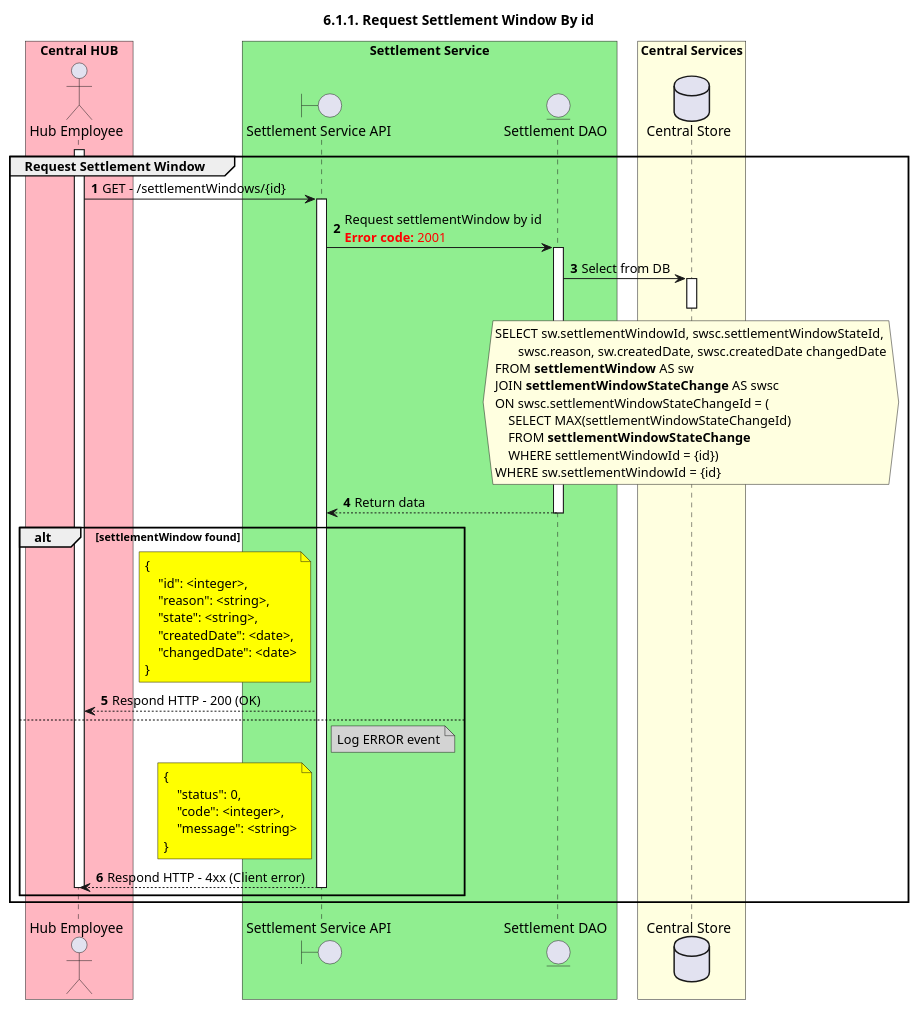
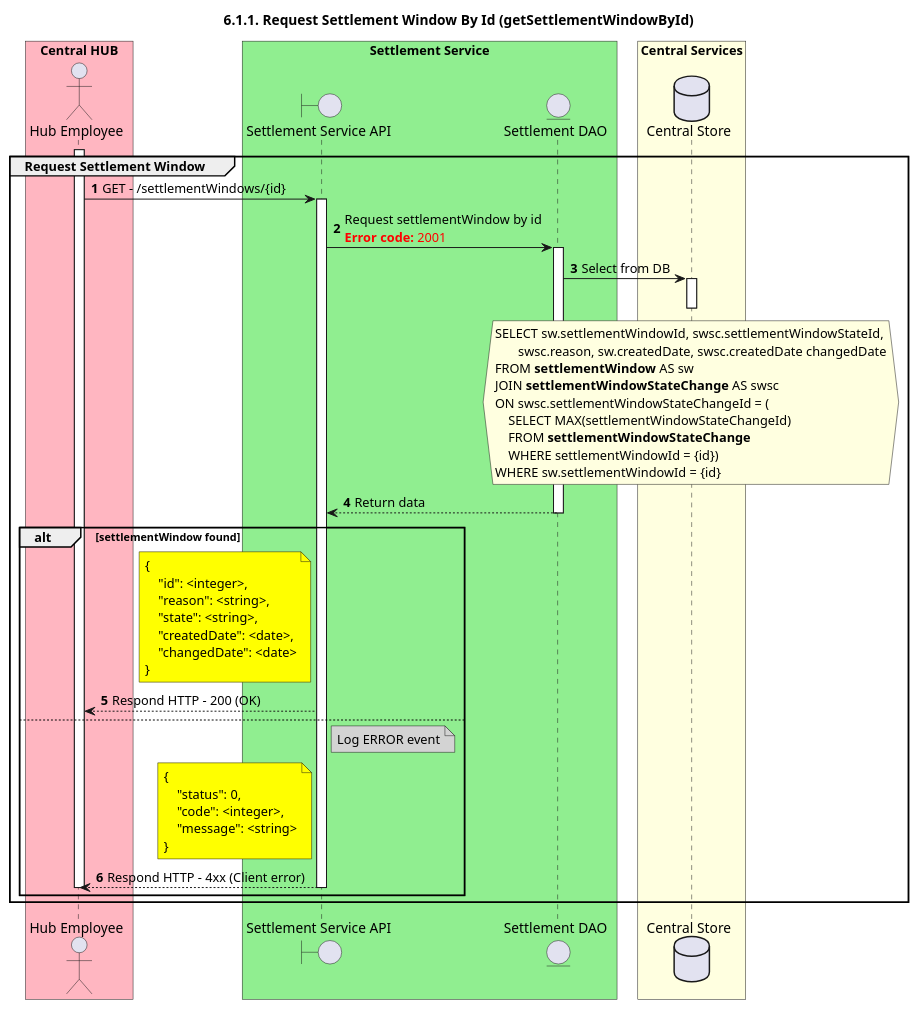
Before and after one commit to HenkKodde/docs: the diagram in CentralServices/seq_diagrams/seq-settleWindow-6.1.1.plantuml, drawn with PlantUML. The commit also changed 5 other files, not shown here.

Commit message:
Update diagram titles

```diff
--- a/CentralServices/seq_diagrams/seq-settleWindow-6.1.1.plantuml
+++ b/CentralServices/seq_diagrams/seq-settleWindow-6.1.1.plantuml
@@ -1,77 +1,77 @@
 @startuml
 ' declate title
-title 6.1.1. Request Settlement Window By id
+title 6.1.1. Request Settlement Window By Id (getSettlementWindowById)
 
 autonumber
 
 ' declare actors
 actor "Hub Employee" as OPERATOR
 boundary "Settlement Service API" as SSAPI
 entity "Settlement DAO" as SETTLE_DAO
 database "Central Store" as DB
 
 box "Central HUB" #lightpink
     participant OPERATOR
 end box
 
 box "Settlement Service" #lightgreen
     participant SSAPI
     participant SETTLE_DAO
 end box
 
 box "Central Services" #lightyellow
     participant DB
 end box
 
 ' start flow
 group Request Settlement Window
     activate OPERATOR
     OPERATOR -> SSAPI: GET - /settlementWindows/{id}
     activate SSAPI
     SSAPI -> SETTLE_DAO: Request settlementWindow by id\n<color #FF0000><b>Error code:</b> 2001</color>
     activate SETTLE_DAO
     SETTLE_DAO -> DB: Select from DB
     activate DB
     hnote over DB #lightyellow
         SELECT sw.settlementWindowId, swsc.settlementWindowStateId, 
                swsc.reason, sw.createdDate, swsc.createdDate changedDate
         FROM **settlementWindow** AS sw
         JOIN **settlementWindowStateChange** AS swsc
         ON swsc.settlementWindowStateChangeId = (
             SELECT MAX(settlementWindowStateChangeId)
             FROM **settlementWindowStateChange**
             WHERE settlementWindowId = {id})
         WHERE sw.settlementWindowId = {id}
     end hnote
     deactivate DB
     SSAPI <-- SETTLE_DAO: Return data
     deactivate SETTLE_DAO
 
     alt settlementWindow found
         note left of SSAPI #Yellow
             {
                 "id": <integer>,
                 "reason": <string>,
                 "state": <string>,
                 "createdDate": <date>,
                 "changedDate": <date>
             }
         end note
         OPERATOR <-- SSAPI: Respond HTTP - 200 (OK)
     else
         note right of SSAPI #lightgray
             Log ERROR event
         end note
         note left of SSAPI #yellow
             {
                 "status": 0,
                 "code": <integer>,
                 "message": <string>
             }
         end note
         OPERATOR <-- SSAPI: Respond HTTP - 4xx (Client error)
         deactivate SSAPI
         deactivate OPERATOR
     end
 end
 @enduml
```
